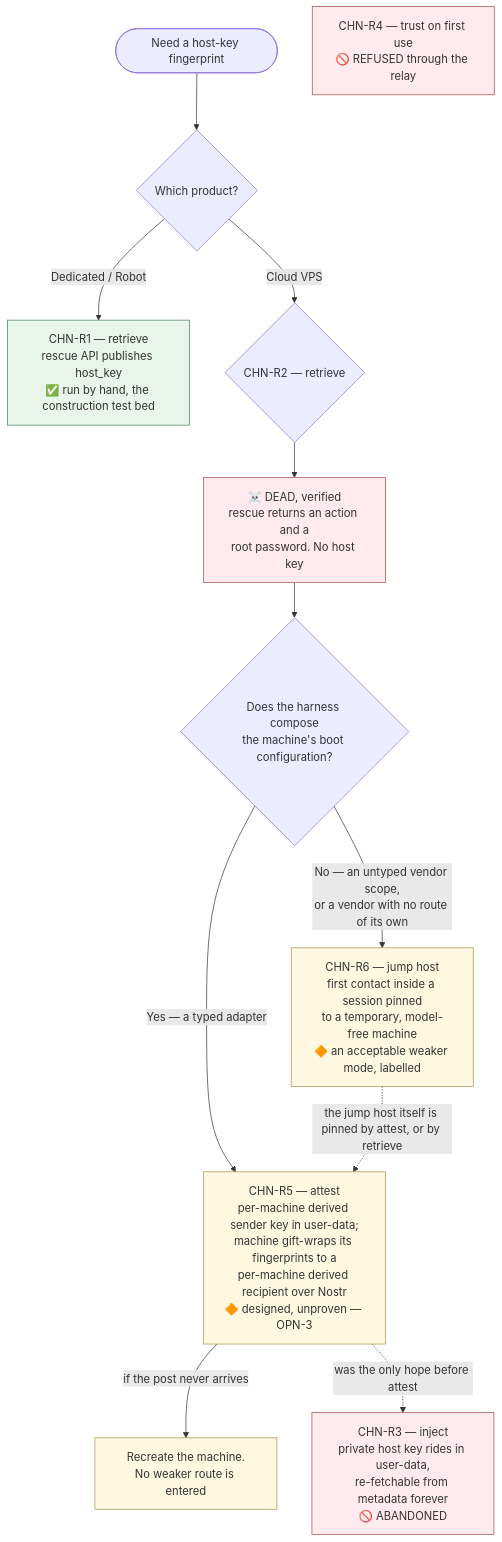
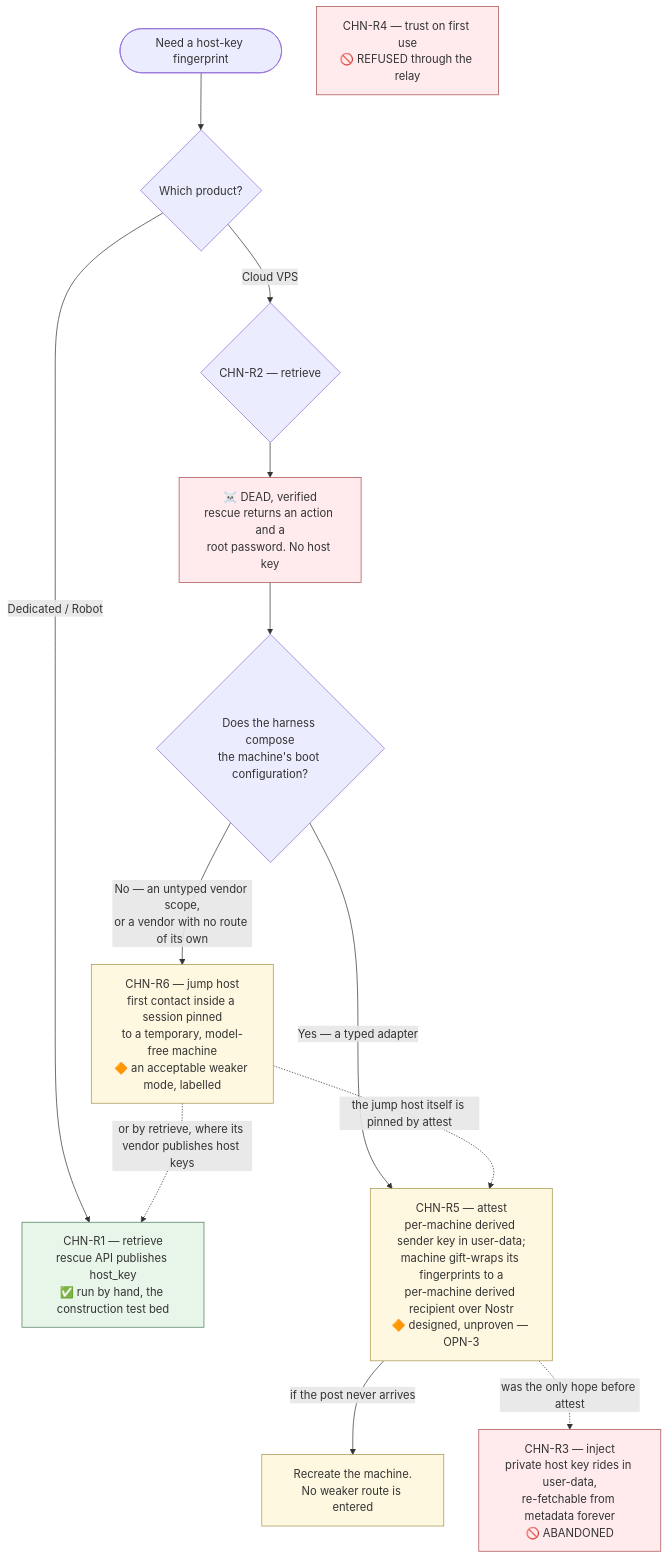
The first of 2 diagrams in 02-channel.md (douglaz/tau-web-spec), drawn with Mermaid before and after one commit. The commit also changed other lines of this file and 10 other files, not shown here.

````diff
--- a/02-channel.md
+++ b/02-channel.md
@@ -32,20 +32,21 @@
 ```mermaid
 flowchart TD
     START([Need a host-key fingerprint]) --> PROD{Which product?}
     PROD -->|Dedicated / Robot| R1["CHN-R1 — retrieve<br/>rescue API publishes host_key<br/>✅ run by hand, the construction test bed"]
     PROD -->|Cloud VPS| R2{"CHN-R2 — retrieve"}
     R2 --> R2D["☠️ DEAD, verified<br/>rescue returns an action and a<br/>root password. No host key"]
     R2D --> BOOT{"Does the harness compose<br/>the machine's boot configuration?"}
     BOOT -->|"Yes — a typed adapter"| R5["CHN-R5 — attest<br/>per-machine derived sender key in user-data;<br/>machine gift-wraps its fingerprints to a<br/>per-machine derived recipient over Nostr<br/>🔶 designed, unproven — OPN-3"]
     BOOT -->|"No — an untyped vendor scope,<br/>or a vendor with no route of its own"| R6["CHN-R6 — jump host<br/>first contact inside a session pinned<br/>to a temporary, model-free machine<br/>🔶 an acceptable weaker mode, labelled"]
     R5 -->|"if the post never arrives"| RC["Recreate the machine.<br/>No weaker route is entered"]
-    R6 -.->|"the jump host itself is pinned by attest, or by retrieve"| R5
+    R6 -.->|"the jump host itself is pinned by attest"| R5
+    R6 -.->|"or by retrieve, where its vendor publishes host keys"| R1
     R5 -.->|"was the only hope before attest"| R3["CHN-R3 — inject<br/>private host key rides in user-data,<br/>re-fetchable from metadata forever<br/>🚫 ABANDONED"]
     R4["CHN-R4 — trust on first use<br/>🚫 REFUSED through the relay"]
     classDef live fill:#e8f5e9,stroke:#4a7c59
     classDef dead fill:#ffebee,stroke:#a54a4a
     classDef pending fill:#fff8e1,stroke:#a5934a
     class R1 live
     class R2D,R3,R4 dead
     class R5,R6,RC pending
 ```
````
